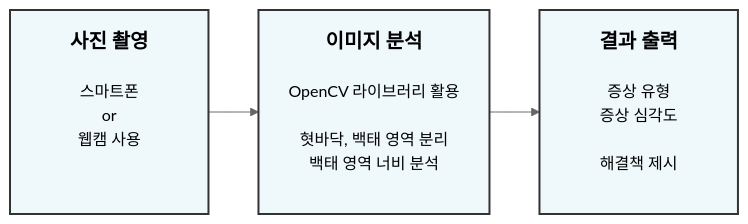
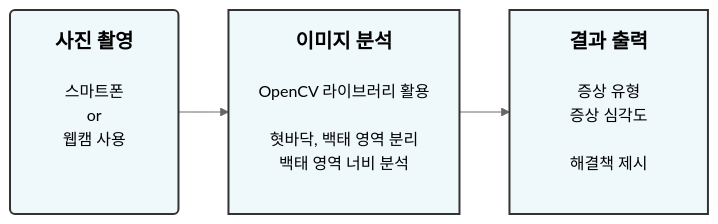
One commit to 201710808/-p changed the first of 2 diagrams in Readme.md. Above: the diagram before and after it, drawn with Mermaid (neutral theme).

````diff
--- a/Readme.md
+++ b/Readme.md
@@ -3,9 +3,9 @@
 ```mermaid
 graph LR
-A[<b><span style='font-size:20px'>  사진 촬영  </span></b><br><br>스마트폰\nor\n웹캠 사용<br><br><br>]-->B[<b><span style='font-size:20px'>이미지 분석</span></b><br><br>OpenCV 라이브러리 활용<br><br>혓바닥, 백태 영역 분리<br>백태 영역 너비 분석<br><br>]
+A(<b><span style='font-size:20px'>  사진 촬영  </span></b><br><br>스마트폰\nor\n웹캠 사용<br><br><br>)-->B[<b><span style='font-size:20px'>이미지 분석</span></b><br><br>OpenCV 라이브러리 활용<br><br>혓바닥, 백태 영역 분리<br>백태 영역 너비 분석<br><br>]
 B-->C[<b><span style='font-size:20px'>  결과 출력  </span></b><br><br>증상 유형<br>증상 심각도<br><br>해결책 제시<br><br>]
 
 style A fill:#EFF8FB ,stroke:#333,stroke-width:2px
 style B fill:#EFF8FB ,stroke:#333,stroke-width:2px
 style C fill:#EFF8FB ,stroke:#333,stroke-width:2px
 ```
````
